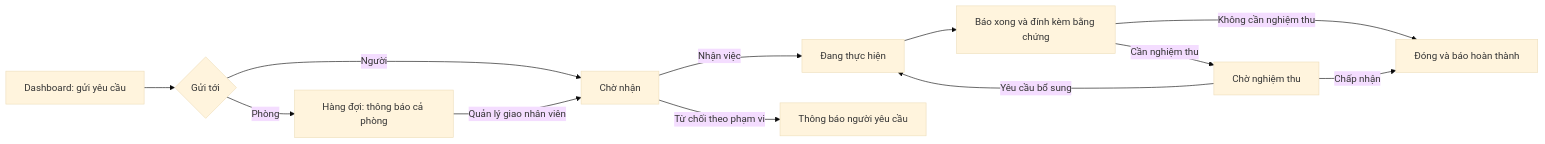
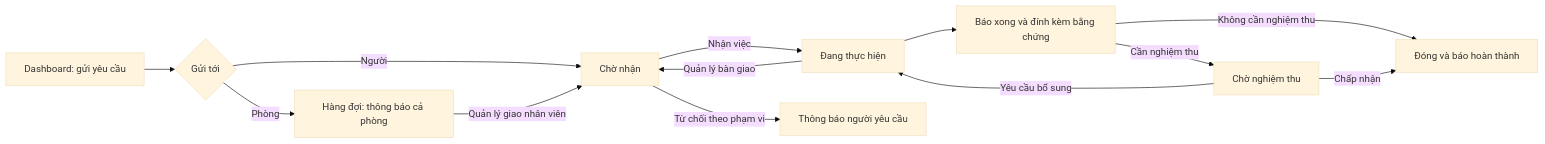
Before and after one commit to IceCrowNT/SGDERP: the first of 2 diagrams in docs/plans/TASK-MANAGEMENT-CHECKLIST.md, drawn with Mermaid (base theme). The commit also changed other lines of this file and 131 other files, not shown here.

````diff
--- a/docs/plans/TASK-MANAGEMENT-CHECKLIST.md
+++ b/docs/plans/TASK-MANAGEMENT-CHECKLIST.md
@@ -58,14 +60,15 @@
 ```mermaid
 flowchart LR
     A[Dashboard: gửi yêu cầu] --> T{Gửi tới}
     T -->|Người| B[Chờ nhận]
     T -->|Phòng| Q[Hàng đợi: thông báo cả phòng]
     Q -->|Quản lý giao nhân viên| B
     B -->|Nhận việc| C[Đang thực hiện]
+    C -->|Quản lý bàn giao| B
     B -->|Từ chối theo phạm vi| R[Thông báo người yêu cầu]
     C --> D[Báo xong và đính kèm bằng chứng]
     D -->|Cần nghiệm thu| E[Chờ nghiệm thu]
     D -->|Không cần nghiệm thu| F[Đóng và báo hoàn thành]
     E -->|Chấp nhận| F
     E -->|Yêu cầu bổ sung| C
 ```
````
